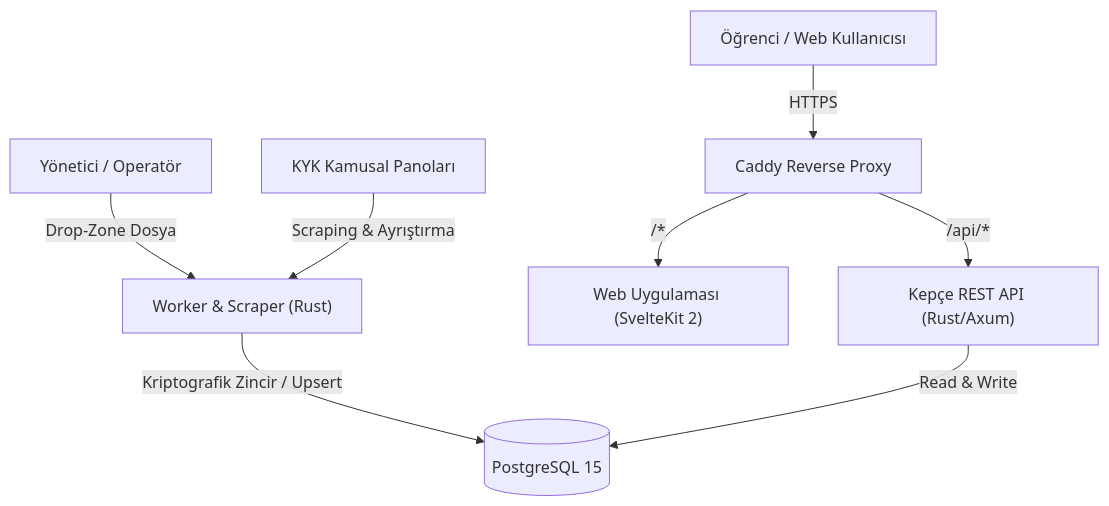
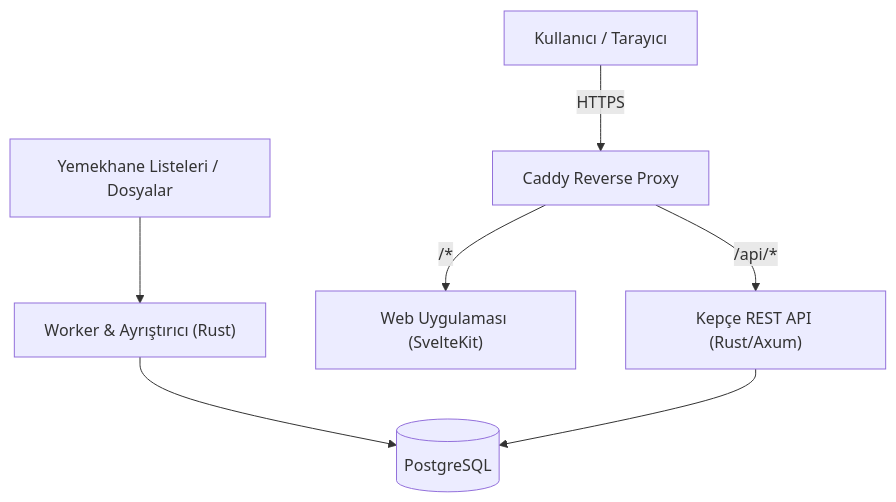
Before and after one commit to koder-cog/kepce: the diagram in docs/ARCHITECTURE.md, drawn with Mermaid. The commit also changed other lines of this file and 1 other file, not shown here.

Commit message:
docs: simplify REST API reference and refine system architecture overview

````diff
--- a/docs/ARCHITECTURE.md
+++ b/docs/ARCHITECTURE.md
@@ -9,12 +9,10 @@
 ```mermaid
 graph TD
-    User["Öğrenci / Web Kullanıcısı"] -->|HTTPS| Caddy["Caddy Reverse Proxy"]
+    User["Kullanıcı / Tarayıcı"] -->|HTTPS| Caddy["Caddy Reverse Proxy"]
     Caddy -->|/api/*| API["Kepçe REST API (Rust/Axum)"]
-    Caddy -->|/*| Webapp["Web Uygulaması (SvelteKit 2)"]
+    Caddy -->|/*| Webapp["Web Uygulaması (SvelteKit)"]
     
-    Operator["Yönetici / Operatör"] -->|Drop-Zone Dosya| Worker["Worker & Scraper (Rust)"]
-    KykSource["KYK Kamusal Panoları"] -->|Scraping & Ayrıştırma| Worker
-    
-    Worker -->|Kriptografik Zincir / Upsert| DB[("PostgreSQL 15")]
-    API -->|Read & Write| DB
+    Source["Yemekhane Listeleri / Dosyalar"] --> Worker["Worker & Ayrıştırıcı (Rust)"]
+    Worker --> DB[("PostgreSQL")]
+    API --> DB
 ```
````
